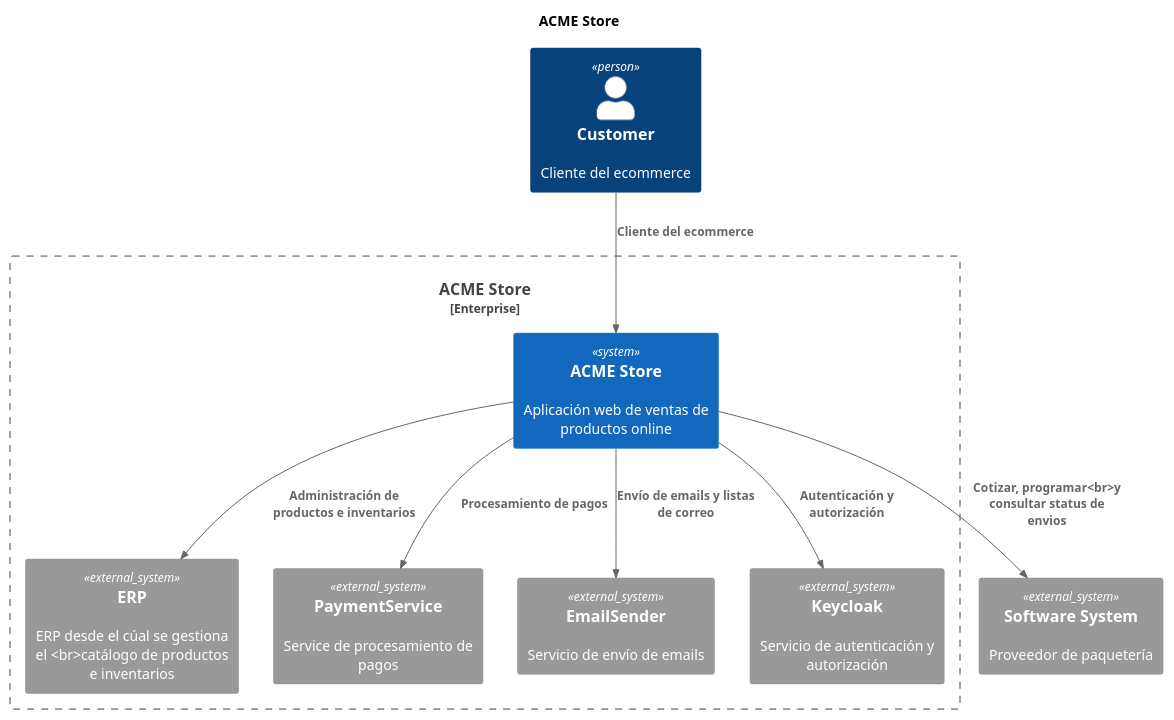
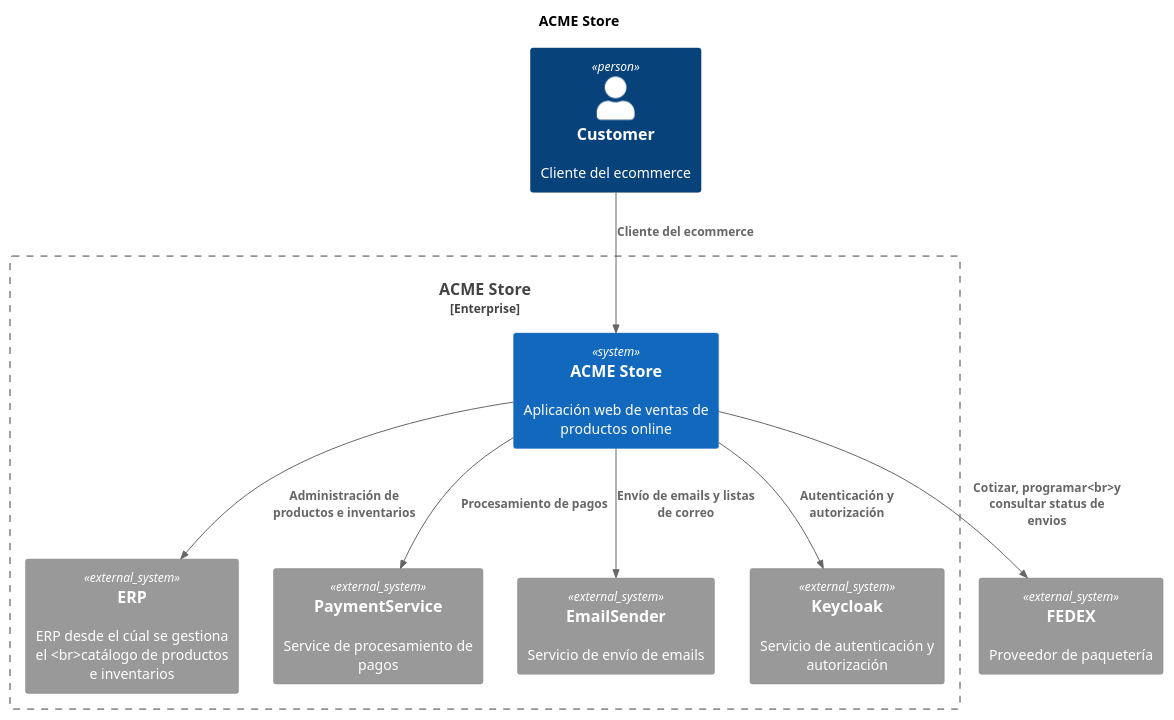
One commit to oscarjb1/book-documentacion-agil-de-arquitectura-software changed the first of 9 diagrams in docto-as-code/src/documento-arquitectura-acme-store.md. Above: the diagram before and after it, drawn with PlantUML. The commit also changed other lines of this file and 4 other files, not shown here.

````diff
--- a/docto-as-code/src/documento-arquitectura-acme-store.md
+++ b/docto-as-code/src/documento-arquitectura-acme-store.md
@@ -84,25 +84,25 @@
 ```plantuml
 @startuml
 !include https://raw.githubusercontent.com/plantuml-stdlib/C4-PlantUML/master/C4_Context.puml
 
 title ACME Store
 
 Person(customer, "Customer", "Cliente del ecommerce")
-System_Ext(fedexSys, "Software System", "Proveedor de paquetería")
+System_Ext(fedexSys, "FEDEX", "Proveedor de paquetería")
 
 Enterprise_Boundary(b1, "ACME Store") { 
     System(ACMEStoreSys, "ACME Store", "Aplicación web de ventas de productos online")
     System_Ext(erpSys, "ERP", "ERP desde el cúal se gestiona el <br>catálogo de productos e inventarios")
     System_Ext(paymentServiceSys, "PaymentService", "Service de procesamiento de pagos")
     System_Ext(emailSenderSys, "EmailSender", "Servicio de envío de emails")
     System_Ext(KeycloakSys, "Keycloak", "Servicio de autenticación y autorización")
 }
 
 Rel(customer, ACMEStoreSys, "Cliente del ecommerce")
 Rel(ACMEStoreSys, erpSys, "Administración de productos e inventarios")
 Rel(ACMEStoreSys, paymentServiceSys, "Procesamiento de pagos")
 Rel(ACMEStoreSys, KeycloakSys, "Autenticación y autorización")
 Rel(ACMEStoreSys, emailSenderSys, "Envío de emails y listas de correo")
 Rel(ACMEStoreSys, fedexSys, "Cotizar, programar<br>y consultar status de envios")
 @enduml
 ```
````
